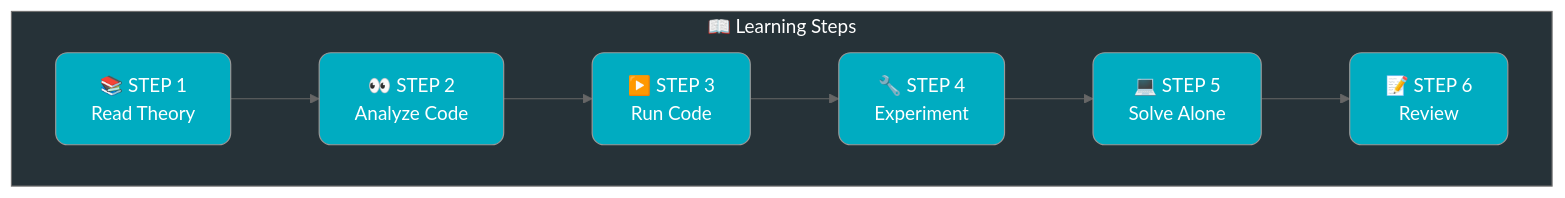
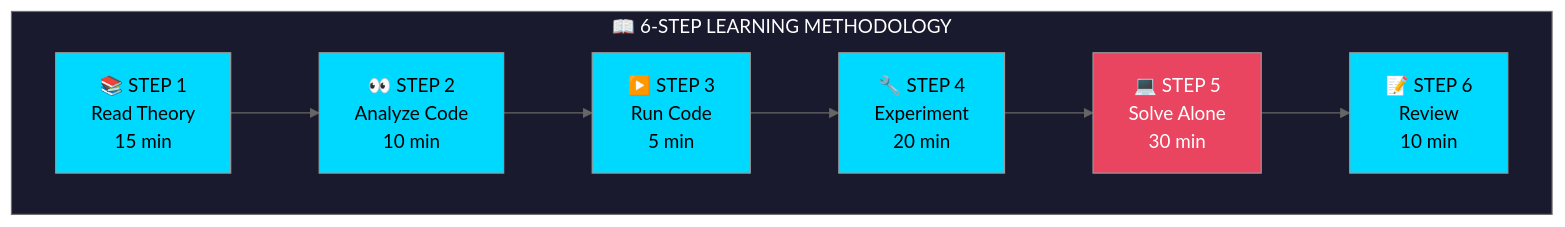
Before and after one commit to Lagmouchyoussef/Python-Practical-Works: the sixth of 22 diagrams in README.md, drawn with Mermaid (neutral theme). The commit also changed other lines of this file, not shown here.

````diff
--- a/README.md
+++ b/README.md
@@ -195,17 +273,21 @@
 ```mermaid
 flowchart TD
-    subgraph Steps[📖 Learning Steps]
-        Step1[📚 STEP 1<br/>Read Theory]:::step
-        Step2[👀 STEP 2<br/>Analyze Code]:::step
-        Step3[▶️ STEP 3<br/>Run Code]:::step
-        Step4[🔧 STEP 4<br/>Experiment]:::step
-        Step5[💻 STEP 5<br/>Solve Alone]:::step
-        Step6[📝 STEP 6<br/>Review]:::step
+    subgraph Method["📖 6-STEP LEARNING METHODOLOGY"]
+        Step1[📚 STEP 1<br/>Read Theory<br/>15 min]:::step
+        Step2[👀 STEP 2<br/>Analyze Code<br/>10 min]:::step
+        Step3[▶️ STEP 3<br/>Run Code<br/>5 min]:::step
+        Step4[🔧 STEP 4<br/>Experiment<br/>20 min]:::step
+        Step5[💻 STEP 5<br/>Solve Alone<br/>30 min]:::step
+        Step6[📝 STEP 6<br/>Review<br/>10 min]:::step
         
         Step1 --> Step2 --> Step3 --> Step4 --> Step5 --> Step6
     end
     
-    classDef step fill:#00acc1,color:#fff,rx:10,ry:10
-    
-    style Steps fill:#263238,color:#fff
+    style Method fill:#1a1a2e,color:#fff
+    style Step1 fill:#00d9ff,color:#000
+    style Step2 fill:#00d9ff,color:#000
+    style Step3 fill:#00d9ff,color:#000
+    style Step4 fill:#00d9ff,color:#000
+    style Step5 fill:#e94560,color:#fff
+    style Step6 fill:#00d9ff,color:#000
 ```
````
